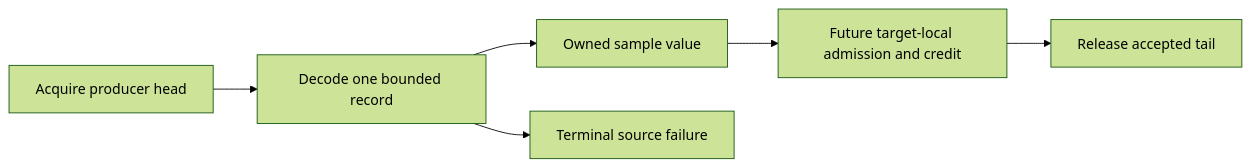
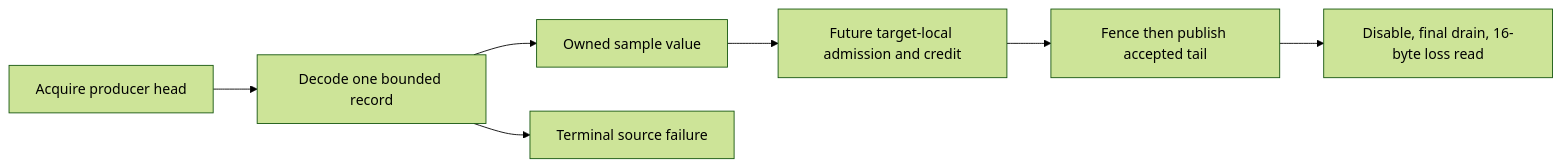
The diagram in lode/plans/target-local-samples.md (TheAngryByrd/CozNet), drawn with Mermaid (forest theme) before and after one commit. The commit also changed other lines of this file and 15 other files, not shown here.

First line of the commit message:
Add Linux perf ring adapter with final loss evidence

````diff
--- a/lode/plans/target-local-samples.md
+++ b/lode/plans/target-local-samples.md
@@ -28,8 +48,9 @@
 ```mermaid
 flowchart LR
     Platform[Acquire producer head] --> Decoder[Decode one bounded record]
     Decoder --> Sample[Owned sample value]
     Sample --> Admission[Future target-local admission and credit]
     Decoder --> Failure[Terminal source failure]
-    Admission --> Tail[Release accepted tail]
+    Admission --> Tail[Fence then publish accepted tail]
+    Tail --> Close[Disable, final drain, 16-byte loss read]
 ```
````
